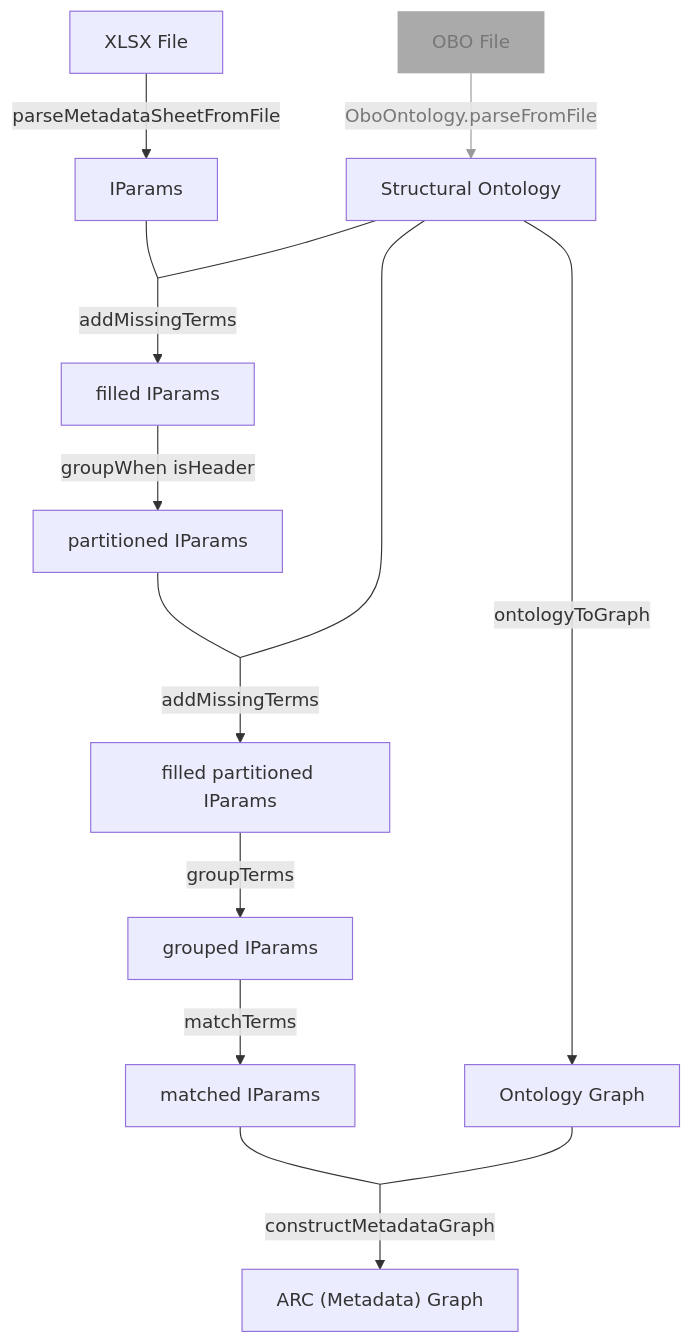
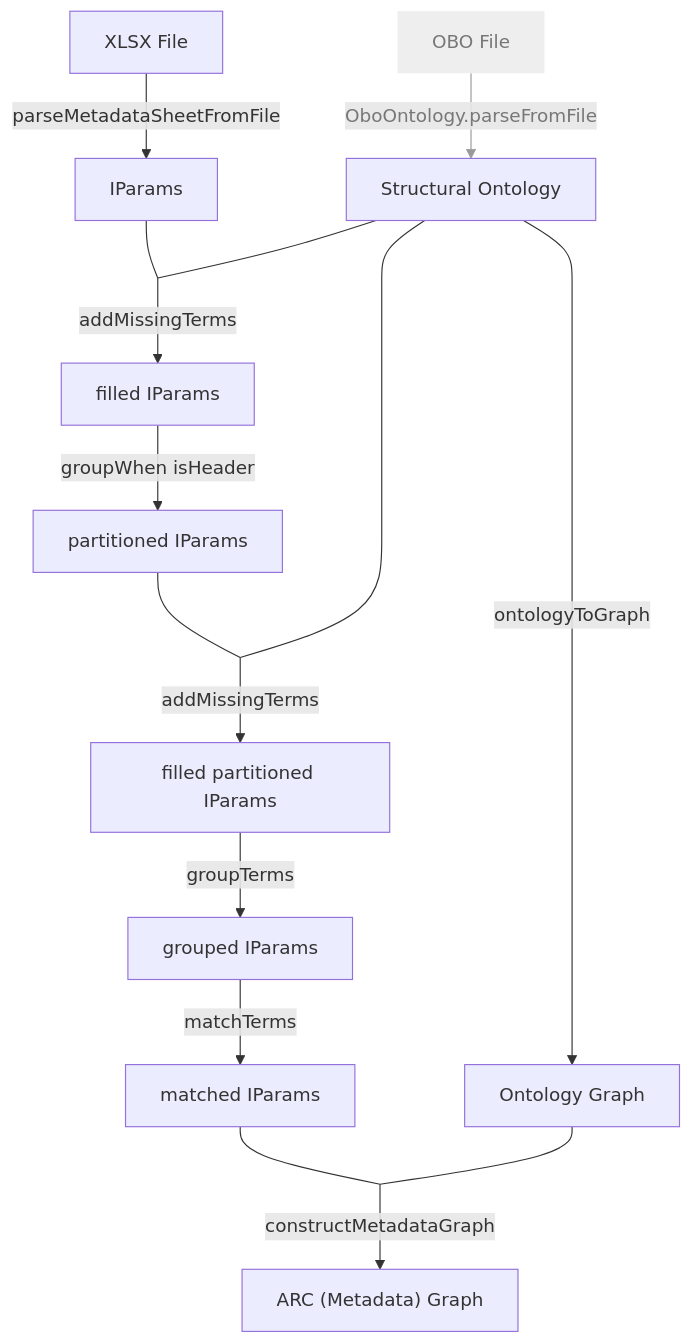
The diagram in workingGraph.md (nfdi4plants/arc-validate), drawn with Mermaid before and after one commit.

Commit message:
Update coloring in working graph

````diff
--- a/workingGraph.md
+++ b/workingGraph.md
@@ -1,40 +1,40 @@
 ```mermaid
 
 flowchart 
 	xf[XLSX File]
 	ips[IParams]
 	of[OBO File]
 	fips[filled IParams]
 	partiparams[partitioned IParams]
 	fipartips[filled partitioned IParams]
 	grips[grouped IParams]
 	onto[Structural Ontology]
 	og[Ontology Graph]
 	maps[matched IParams]
 	arcgr["ARC (Metadata) Graph"]
 
 	D[ ]
 	D2[ ]
 	D3[ ]
 
 	style D height:0.0000001px,width:0.000001px
 	style D2 height:0.0000001px,width:0.000001px
 	style D3 height:0.0000001px,width:0.000001px
-	style of fill:#AAA,stroke-width:0,color:#777
+	style of fill:#EEE,stroke-width:0,color:#777
 
 	xf -->|parseMetadataSheetFromFile| ips
 	of --> |OboOntology.parseFromFile| onto
 	ips & onto --- D
 	D -->|addMissingTerms| fips
 	fips -->|groupWhen isHeader| partiparams
 	partiparams & onto --- D3
 	D3 -->|addMissingTerms| fipartips
 	fipartips -->|groupTerms| grips
 	onto -->|ontologyToGraph| og
 	grips -->|matchTerms| maps
 	maps & og --- D2
 	D2 -->|constructMetadataGraph| arcgr
 
-	linkStyle 1 stroke:#999,color:#777
+	linkStyle 1 stroke:#999,color:#777,fill:#EEE
 
 ```
````
